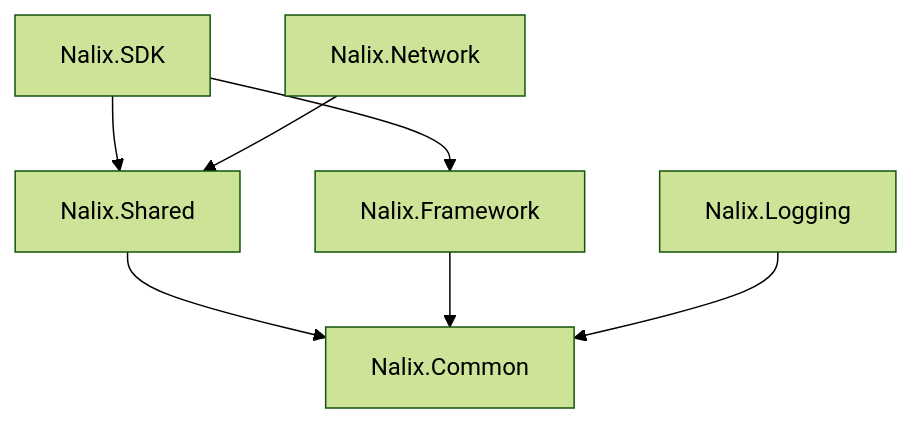
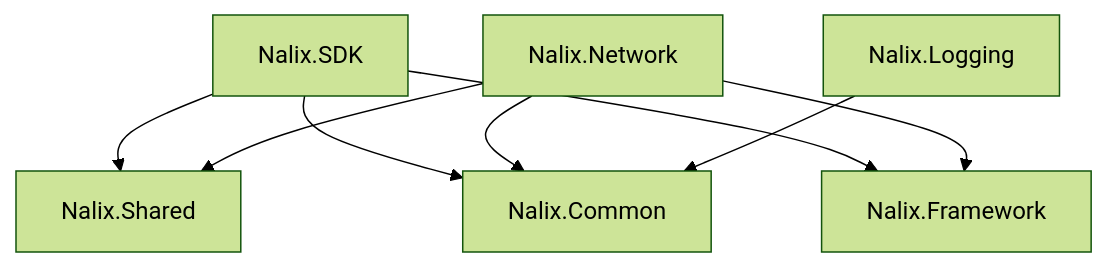
One commit to ppn-systems/nalix-docs changed the diagram in docs/packages/overview.md. Above: the diagram before and after it, drawn with Mermaid (forest theme). The commit also changed other lines of this file and 170 other files, not shown here.

````diff
--- a/docs/packages/overview.md
+++ b/docs/packages/overview.md
@@ -20,9 +28,12 @@
 ```mermaid
 flowchart TD
-    SDK[Nalix.SDK] --> Shared[Nalix.Shared]
-    Network[Nalix.Network] --> Shared
-    Shared --> Common[Nalix.Common]
-    Framework[Nalix.Framework] --> Common
-    Logging[Nalix.Logging] --> Common
-    SDK --> Framework
+    SDK["Nalix.SDK"] --> Shared["Nalix.Shared"]
+    SDK --> Common["Nalix.Common"]
+    SDK --> Framework["Nalix.Framework"]
+
+    Network["Nalix.Network"] --> Shared
+    Network --> Common
+    Network --> Framework
+
+    Logging["Nalix.Logging"] --> Common
 ```
````
